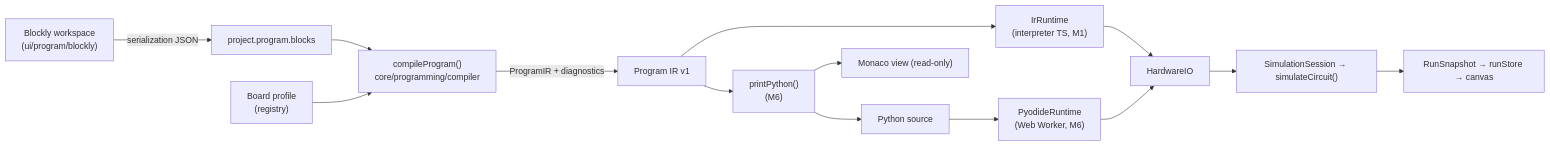
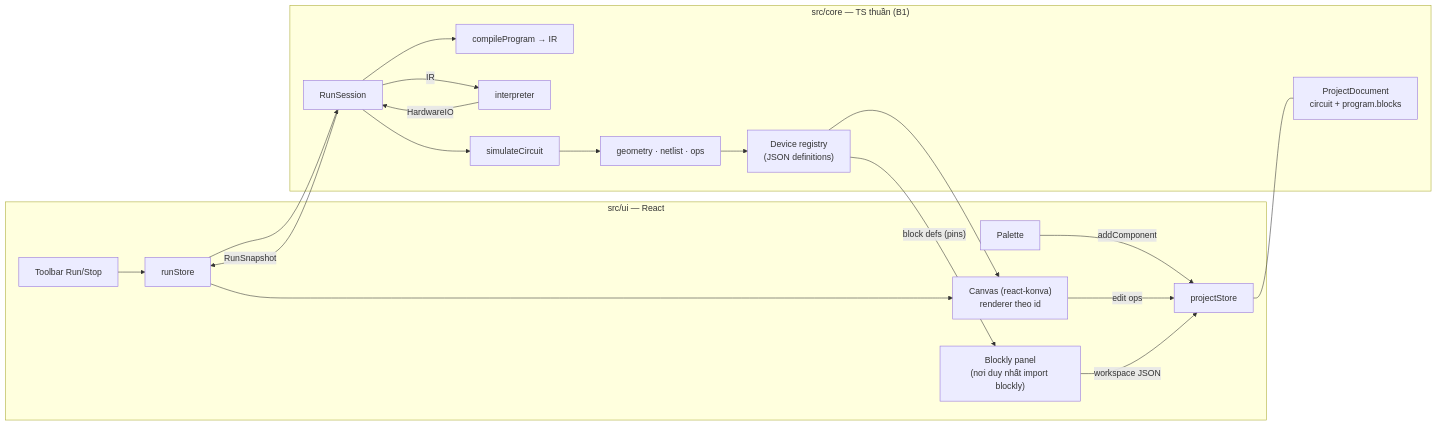
Before and after one commit to congminhdinh/stem-demo: the first of 2 diagrams in docs/stem-demo-implementation-plan.md, drawn with Mermaid. The commit also changed other lines of this file, not shown here.

````diff
--- a/docs/stem-demo-implementation-plan.md
+++ b/docs/stem-demo-implementation-plan.md
@@ -760,14 +300,32 @@
 ```mermaid
 flowchart LR
-  BL["Blockly workspace<br/>(ui/program/blockly)"] -->|serialization JSON| PJ["project.program.blocks"]
-  PJ --> CMP["compileProgram()<br/>core/programming/compiler"]
-  PROF["Board profile<br/>(registry)"] --> CMP
-  CMP -->|ProgramIR + diagnostics| IR["Program IR v1"]
-  IR --> INT["IrRuntime<br/>(interpreter TS, M1)"]
-  IR --> PP["printPython()<br/>(M6)"] --> PYSRC["Python source"] --> PYR["PyodideRuntime<br/>(Web Worker, M6)"]
-  PP --> MON["Monaco view (read-only)"]
-  INT --> IO["HardwareIO"]
-  PYR --> IO
-  IO --> SS["SimulationSession → simulateCircuit()"]
-  SS --> SNAP["RunSnapshot → runStore → canvas"]
+  subgraph UI["src/ui — React"]
+    PAL["Palette"]
+    CAN["Canvas (react-konva)<br/>renderer theo id"]
+    BLK["Blockly panel<br/>(nơi duy nhất import blockly)"]
+    TB["Toolbar Run/Stop"]
+    PS["projectStore"]
+    RS["runStore"]
+  end
+  subgraph CORE["src/core — TS thuần (B1)"]
+    DOC["ProjectDocument<br/>circuit + program.blocks"]
+    REG["Device registry<br/>(JSON definitions)"]
+    CIR["geometry · netlist · ops"]
+    CMP["compileProgram → IR"]
+    INT["interpreter"]
+    SES["RunSession"]
+    SIM["simulateCircuit"]
+  end
+  PAL -- "addComponent" --> PS
+  CAN -- "edit ops" --> PS
+  BLK -- "workspace JSON" --> PS
+  PS --- DOC
+  TB --> RS --> SES
+  SES --> CMP
+  SES -- "IR" --> INT
+  INT -- "HardwareIO" --> SES
+  SES --> SIM --> CIR --> REG
+  SES -- "RunSnapshot" --> RS --> CAN
+  REG --> CAN
+  REG -- "block defs (pins)" --> BLK
 ```
````
